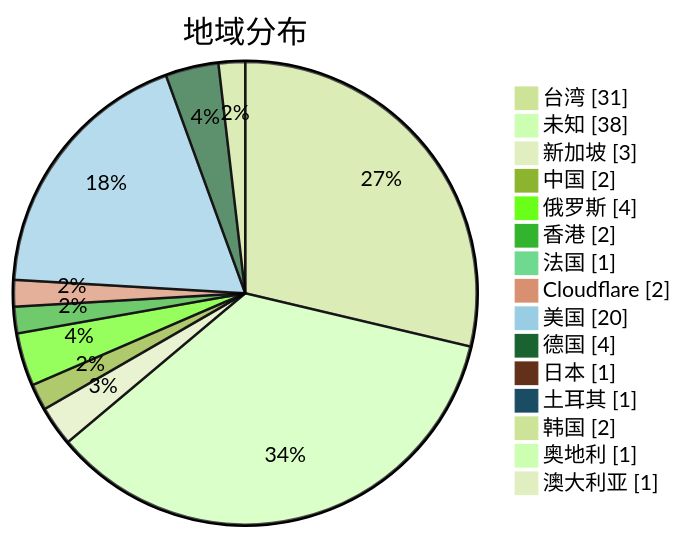
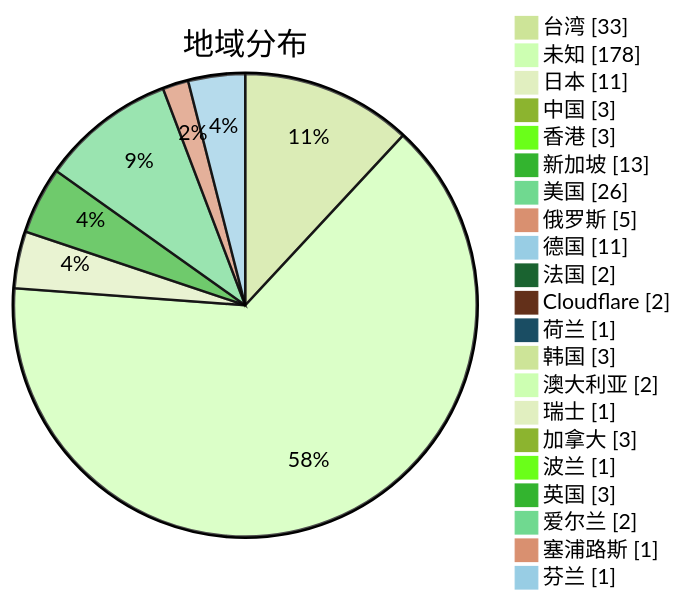
The second of 3 diagrams in subs/statistics/tested_within.md (sinspired/airport), drawn with Mermaid (forest theme) before and after one commit. The commit also changed other lines of this file and 2 other files, not shown here.

Commit message:
Committed by metaST

````diff
--- a/subs/statistics/tested_within.md
+++ b/subs/statistics/tested_within.md
@@ -11,19 +15,25 @@
 ```mermaid
 pie showData
 title 地域分布
-"台湾" : 31
-"未知" : 38
-"新加坡" : 3
-"中国" : 2
-"俄罗斯" : 4
-"香港" : 2
-"法国" : 1
+"台湾" : 33
+"未知" : 178
+"日本" : 11
+"中国" : 3
+"香港" : 3
+"新加坡" : 13
+"美国" : 26
+"俄罗斯" : 5
+"德国" : 11
+"法国" : 2
 "Cloudflare" : 2
-"美国" : 20
-"德国" : 4
-"日本" : 1
-"土耳其" : 1
-"韩国" : 2
-"奥地利" : 1
-"澳大利亚" : 1
+"荷兰" : 1
+"韩国" : 3
+"澳大利亚" : 2
+"瑞士" : 1
+"加拿大" : 3
+"波兰" : 1
+"英国" : 3
+"爱尔兰" : 2
+"塞浦路斯" : 1
+"芬兰" : 1
 ```
````
